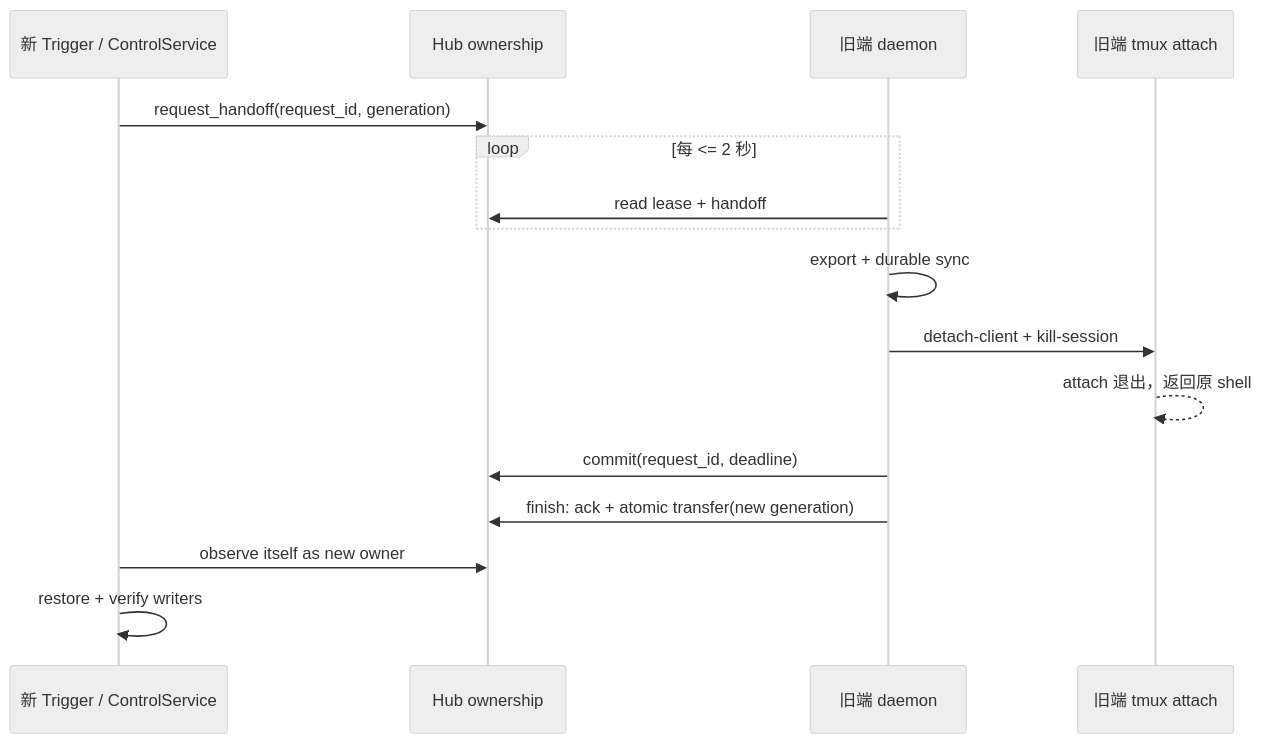
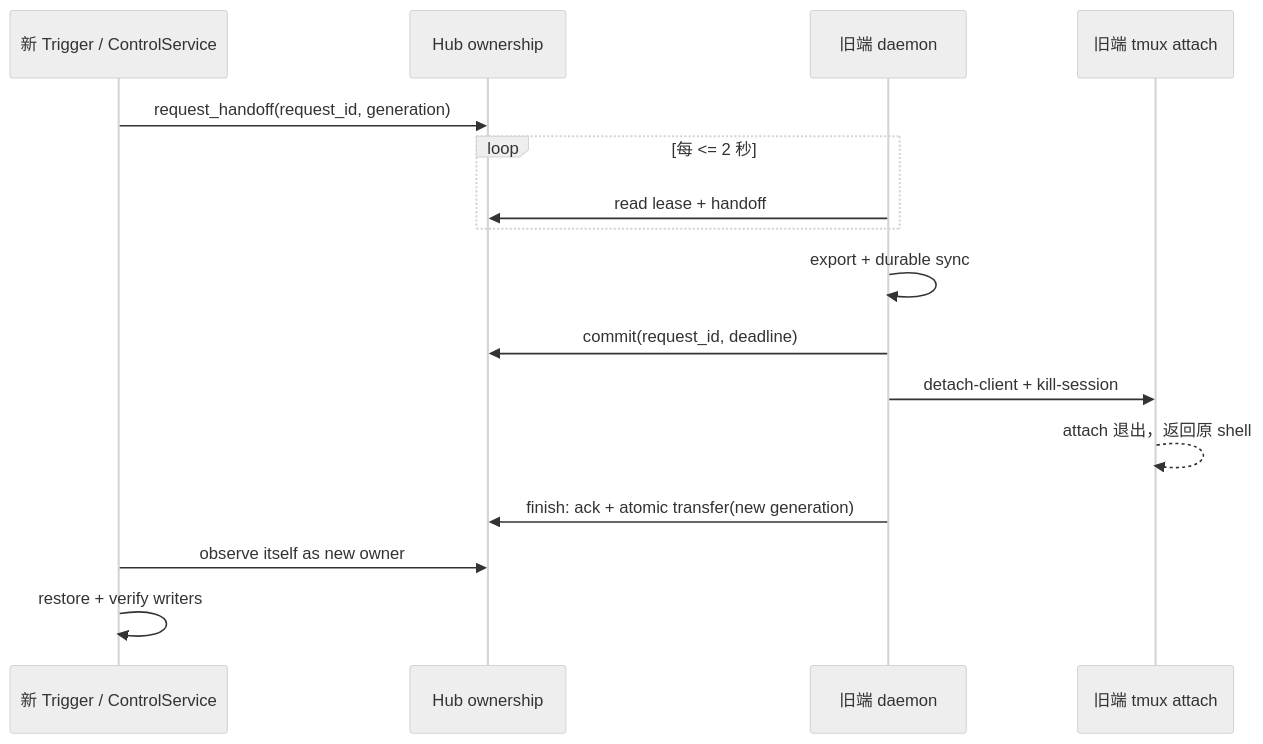
One commit to yukai08008/dual-tmux changed the diagram in dev_plans/v0.4.54-v0.4.55/PRD.md. Above: the diagram before and after it, drawn with Mermaid (neutral theme). The commit also changed other lines of this file and 9 other files, not shown here.

````diff
--- a/dev_plans/v0.4.54-v0.4.55/PRD.md
+++ b/dev_plans/v0.4.54-v0.4.55/PRD.md
@@ -42,19 +44,19 @@
 ```mermaid
 sequenceDiagram
     participant N as 新 Trigger / ControlService
     participant H as Hub ownership
     participant O as 旧端 daemon
     participant T as 旧端 tmux attach
 
     N->>H: request_handoff(request_id, generation)
     loop 每 <= 2 秒
         O->>H: read lease + handoff
     end
     O->>O: export + durable sync
+    O->>H: commit(request_id, deadline)
     O->>T: detach-client + kill-session
     T-->>T: attach 退出，返回原 shell
-    O->>H: commit(request_id, deadline)
     O->>H: finish: ack + atomic transfer(new generation)
     N->>H: observe itself as new owner
     N->>N: restore + verify writers
 ```
````
